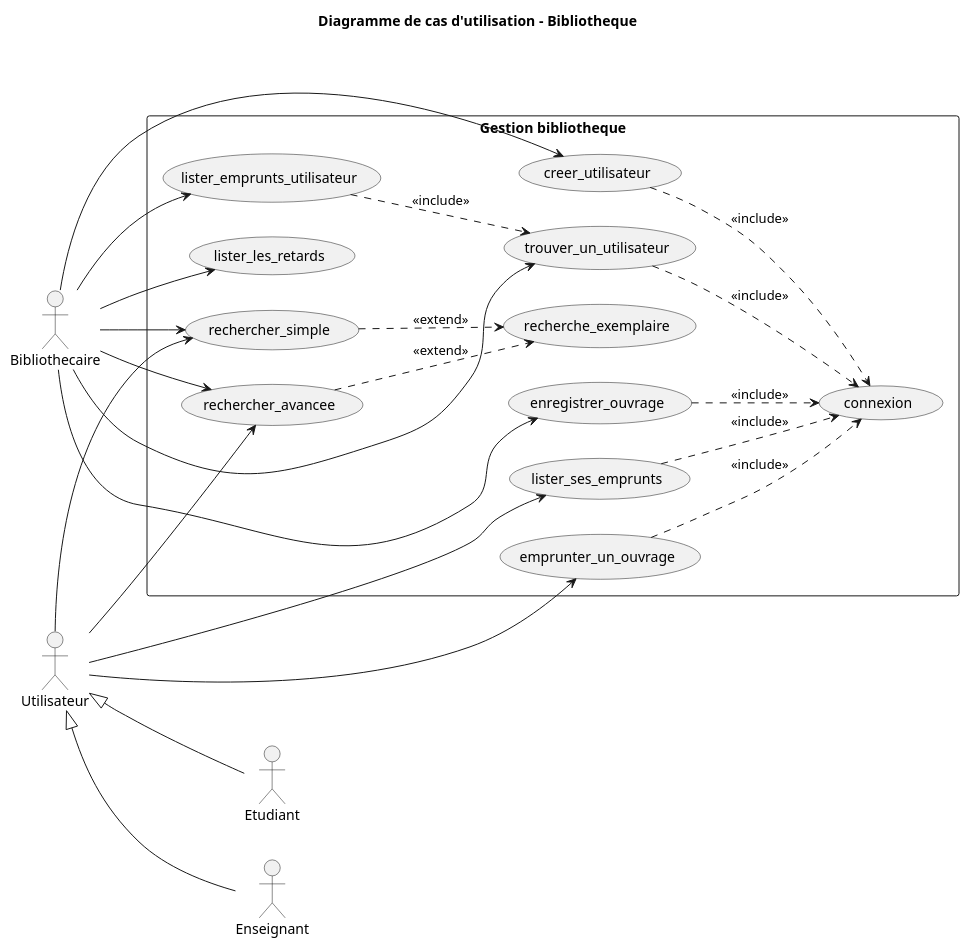
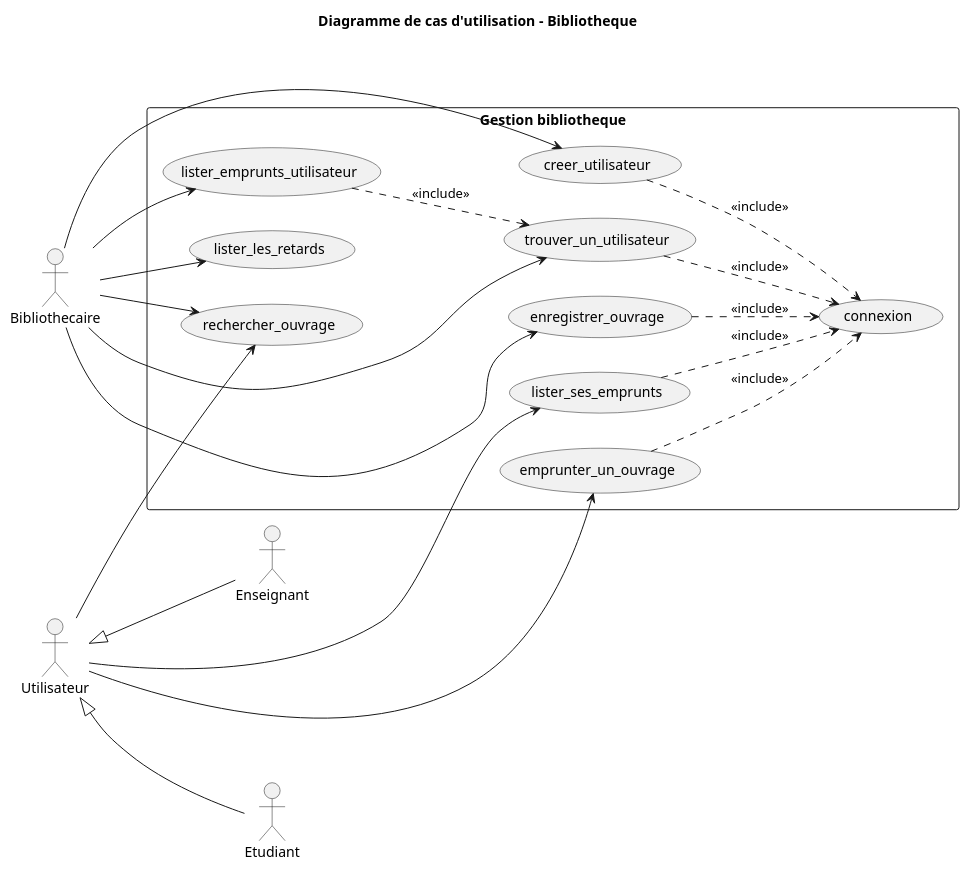
The diagram in back/diagrams/09_cas_utilisation.puml (eadl-jaffre/bibliotheque), drawn with PlantUML before and after one commit. The commit also changed 15 other files, not shown here.

```diff
--- a/back/diagrams/09_cas_utilisation.puml
+++ b/back/diagrams/09_cas_utilisation.puml
@@ -1,50 +1,43 @@
 @startuml
 title Diagramme de cas d'utilisation - Bibliotheque
 
 left to right direction
 
 actor "Bibliothecaire" as BIB
 actor "Utilisateur" as UTI
 actor "Etudiant" as ETU
 actor "Enseignant" as ENS
 
 UTI <|-- ETU
 UTI <|-- ENS
 
 rectangle "Gestion bibliotheque" {
 usecase "connexion" as UC_CO
 usecase "creer_utilisateur" as UC_CU
 usecase "trouver_un_utilisateur" as UC_TU
 usecase "lister_les_retards" as UC_LR
 usecase "enregistrer_ouvrage" as UC_EO
-usecase "rechercher_simple" as UC_RS
-usecase "rechercher_avancee" as UC_RA
-usecase "recherche_exemplaire" as UC_RX
+usecase "rechercher_ouvrage" as UC_RO
 usecase "lister_emprunts_utilisateur" as UC_LEU
 usecase "lister_ses_emprunts" as UC_LSE
 usecase "emprunter_un_ouvrage" as UC_EU
 }
 
 BIB --> UC_CU
 BIB --> UC_TU
 BIB --> UC_LR
 BIB --> UC_EO
-BIB --> UC_RS
-BIB --> UC_RA
+BIB --> UC_RO
 BIB --> UC_LEU
 
-UTI --> UC_RS
-UTI --> UC_RA
+UTI --> UC_RO
 UTI --> UC_LSE
 UTI --> UC_EU
 
 UC_CU ..> UC_CO : <<include>>
 UC_TU ..> UC_CO : <<include>>
 UC_EO ..> UC_CO : <<include>>
 UC_LEU ..> UC_TU : <<include>>
 UC_LSE ..> UC_CO : <<include>>
 UC_EU ..> UC_CO : <<include>>
-
-UC_RS ..> UC_RX : <<extend>>
-UC_RA ..> UC_RX : <<extend>>
 @enduml
```
